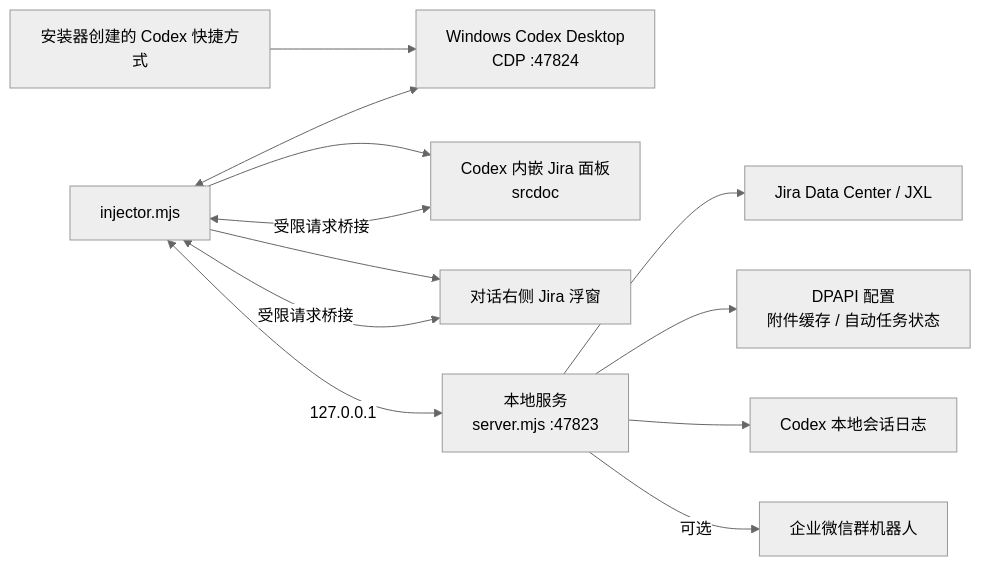
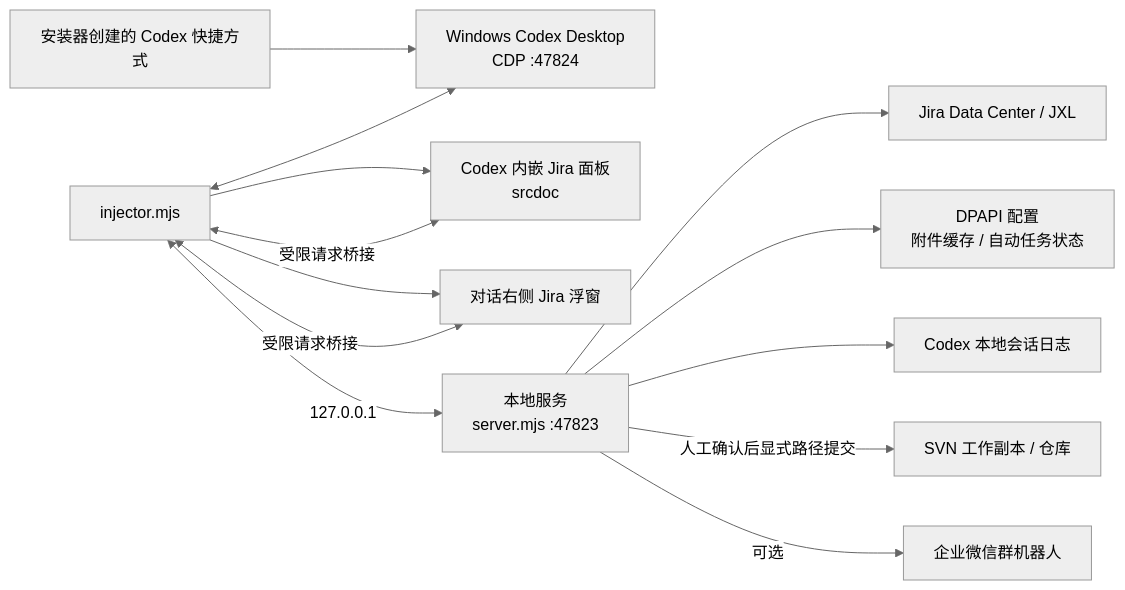
One commit to yzj555/jira-codex-panel-poc changed the diagram in README.md. Above: the diagram before and after it, drawn with Mermaid (neutral theme). The commit also changed other lines of this file and 13 other files, not shown here.

```diff
--- a/README.md
+++ b/README.md
@@ -340,14 +388,15 @@
 ~~~mermaid
 flowchart LR
     Shortcut["安装器创建的 Codex 快捷方式"] --> Codex["Windows Codex Desktop<br/>CDP :47824"]
     Injector["injector.mjs"] <--> Codex
     Injector --> Panel["Codex 内嵌 Jira 面板<br/>srcdoc"]
     Injector --> Float["对话右侧 Jira 浮窗"]
     Panel <-->|受限请求桥接| Injector
     Float <-->|受限请求桥接| Injector
     Injector <-->|127.0.0.1| Server["本地服务<br/>server.mjs :47823"]
     Server --> Jira["Jira Data Center / JXL"]
     Server --> UserData["DPAPI 配置<br/>附件缓存 / 自动任务状态"]
     Server --> Sessions["Codex 本地会话日志"]
+    Server -->|人工确认后显式路径提交| SVN["SVN 工作副本 / 仓库"]
     Server -->|可选| WeCom["企业微信群机器人"]
 ~~~
```
